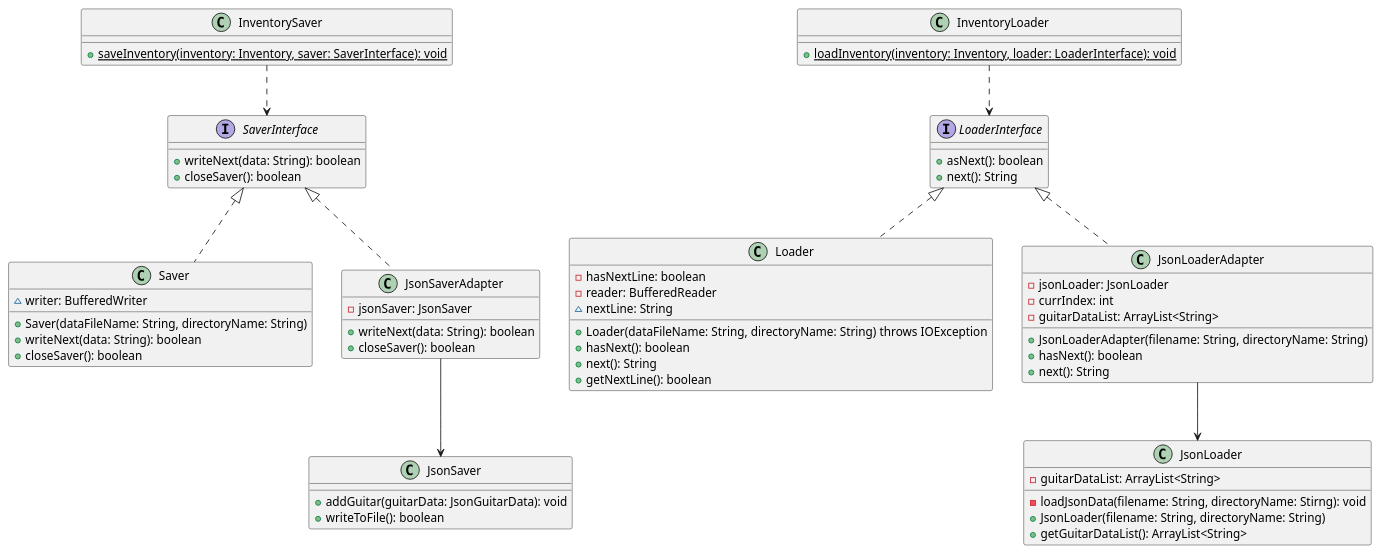
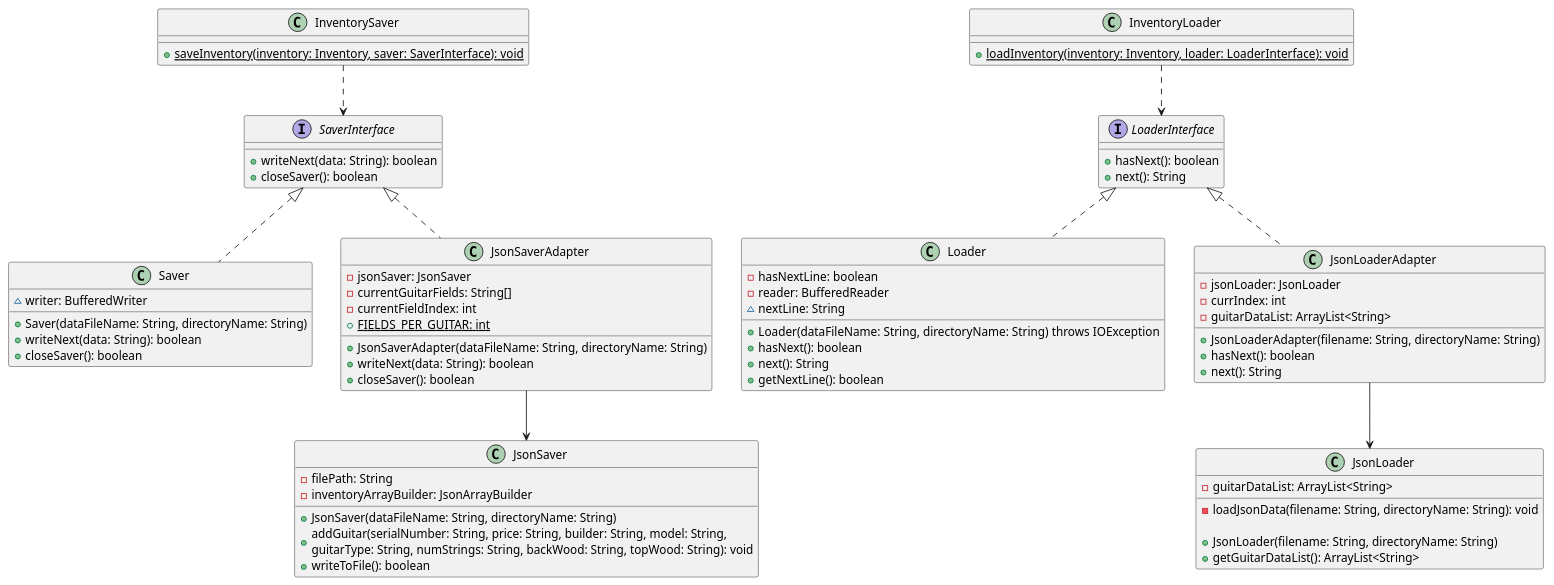
The diagram in docs/AdapterUML.puml (pjc0210/csse374-hw3), drawn with PlantUML before and after one commit.

Commit message:
Updated UML

```diff
--- a/docs/AdapterUML.puml
+++ b/docs/AdapterUML.puml
@@ -1,75 +1,88 @@
 @startuml
 interface LoaderInterface {
-    + asNext(): boolean
+    + hasNext(): boolean
     + next(): String
 }
 
 interface SaverInterface {
     + writeNext(data: String): boolean
     + closeSaver(): boolean
 }
 
 class Loader {
     - hasNextLine: boolean
     - reader: BufferedReader
     ~ nextLine: String
+
     + Loader(dataFileName: String, directoryName: String) throws IOException
     + hasNext(): boolean
     + next(): String
     + getNextLine(): boolean
 }
 
 class Saver {
     ~ writer: BufferedWriter
+
     + Saver(dataFileName: String, directoryName: String)
     + writeNext(data: String): boolean
     + closeSaver(): boolean
 }
 
 class JsonLoader {
     - guitarDataList: ArrayList<String>
-    - loadJsonData(filename: String, directoryName: Stirng): void
+    - loadJsonData(filename: String, directoryName: String): void
+
     + JsonLoader(filename: String, directoryName: String)
     + getGuitarDataList(): ArrayList<String>
 }
 
 class JsonSaver {
-    + addGuitar(guitarData: JsonGuitarData): void
+    - filePath: String
+    - inventoryArrayBuilder: JsonArrayBuilder
+
+    + JsonSaver(dataFileName: String, directoryName: String)
+    + addGuitar(serialNumber: String, price: String, builder: String, model: String,\nguitarType: String, numStrings: String, backWood: String, topWood: String): void
     + writeToFile(): boolean
 }
 
 class JsonLoaderAdapter {
     - jsonLoader: JsonLoader
     - currIndex: int
     - guitarDataList: ArrayList<String>
+
     + JsonLoaderAdapter(filename: String, directoryName: String)
     + hasNext(): boolean
     + next(): String
 }
 
 class JsonSaverAdapter {
     - jsonSaver: JsonSaver
+    - currentGuitarFields: String[]
+    - currentFieldIndex: int
+    {static} + FIELDS_PER_GUITAR: int
+
+    + JsonSaverAdapter(dataFileName: String, directoryName: String)
     + writeNext(data: String): boolean
     + closeSaver(): boolean
 }
 
 class InventoryLoader {
     {static} + loadInventory(inventory: Inventory, loader: LoaderInterface): void
 }
 
 class InventorySaver {
     {static} + saveInventory(inventory: Inventory, saver: SaverInterface): void
 }
 
 Loader .up.|> LoaderInterface
 Saver .up.|> SaverInterface
 JsonLoaderAdapter .up.|> LoaderInterface
 JsonSaverAdapter .up.|> SaverInterface
 
 JsonLoaderAdapter -down-> JsonLoader
 JsonSaverAdapter -down-> JsonSaver
 
 InventoryLoader .down.> LoaderInterface
 InventorySaver .down.> SaverInterface
 
 @enduml
```
